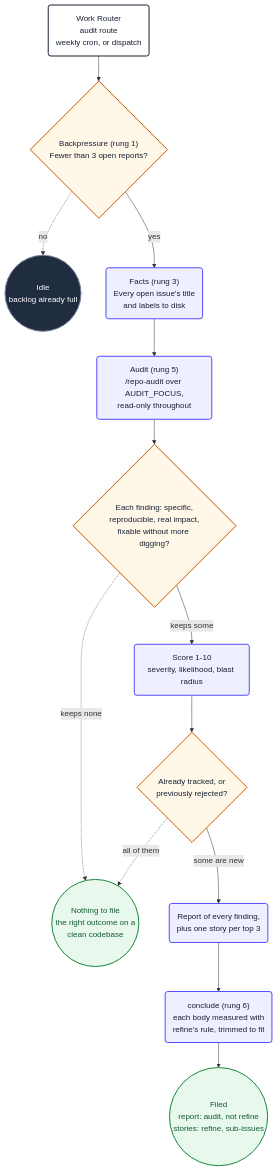
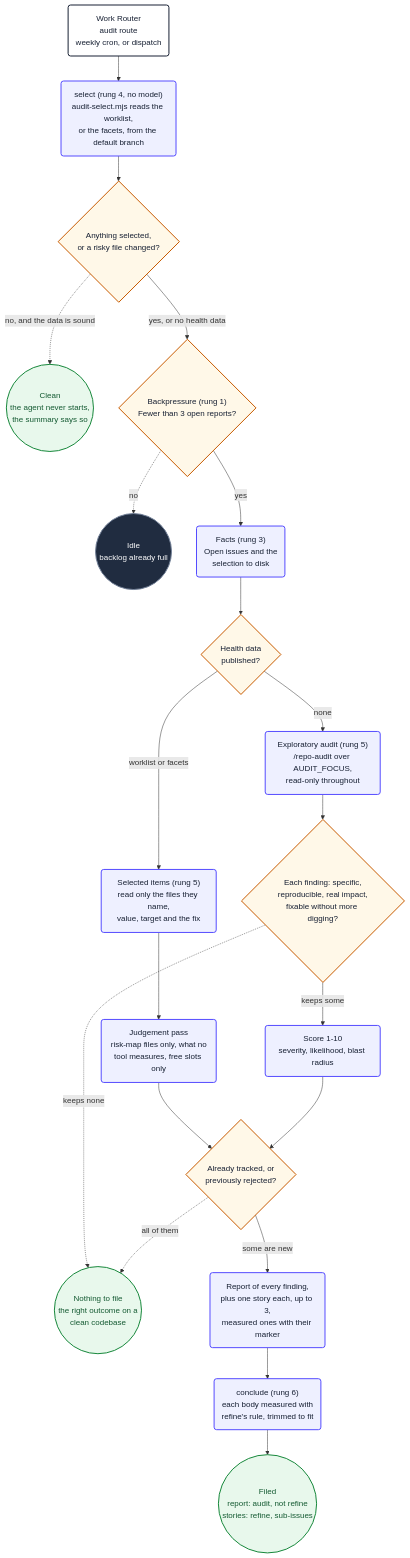
Before and after one commit to PlainConceptsPlatform/agentic-workflows: the tenth of 16 diagrams in loops/docs/diagrams.md, drawn with Mermaid. The commit also changed other lines of this file and 19 other files, not shown here.

First line of the commit message:
feat(audit): start from the engineering health data, with a clean exit when nothing is over its bar; 1.31.0 (#584)

````diff
--- a/loops/docs/diagrams.md
+++ b/loops/docs/diagrams.md
@@ -557,32 +557,42 @@
 ```mermaid
 flowchart TD
-    auStart("Work Router<br/>audit route<br/>weekly cron, or dispatch") --> auBack
+    auStart("Work Router<br/>audit route<br/>weekly cron, or dispatch") --> auSelect
+    auSelect("select (rung 4, no model)<br/>audit-select.mjs reads the worklist,<br/>or the facets, from the default branch") --> auWork
+    auWork{"Anything selected,<br/>or a risky file changed?"}
+    auWork -.->|"no, and the data is sound"| auClean
+    auWork -->|"yes, or no health data"| auBack
     auBack{"Backpressure (rung 1)<br/>Fewer than 3 open reports?"}
     auBack -.->|no| auIdle
     auBack -->|yes| auFacts
-    auFacts("Facts (rung 3)<br/>Every open issue's title<br/>and labels to disk") --> auRun
-    auRun("Audit (rung 5)<br/>/repo-audit over AUDIT_FOCUS,<br/>read-only throughout") --> auFilter
+    auFacts("Facts (rung 3)<br/>Open issues and the<br/>selection to disk") --> auSource
+    auSource{"Health data<br/>published?"}
+    auSource -->|"worklist or facets"| auItems
+    auSource -->|none| auRun
+    auItems("Selected items (rung 5)<br/>read only the files they name,<br/>value, target and the fix") --> auJudge
+    auJudge("Judgement pass<br/>risk-map files only, what no<br/>tool measures, free slots only") --> auDedupe
+    auRun("Exploratory audit (rung 5)<br/>/repo-audit over AUDIT_FOCUS,<br/>read-only throughout") --> auFilter
     auFilter{"Each finding: specific,<br/>reproducible, real impact,<br/>fixable without more digging?"}
     auFilter -->|keeps some| auScore
     auFilter -.->|keeps none| auQuiet
     auScore("Score 1-10<br/>severity, likelihood, blast radius") --> auDedupe
     auDedupe{"Already tracked, or<br/>previously rejected?"}
     auDedupe -.->|"all of them"| auQuiet
     auDedupe -->|"some are new"| auFile
-    auFile("Report of every finding,<br/>plus one story per top 3") --> auMeasure
+    auFile("Report of every finding,<br/>plus one story each, up to 3,<br/>measured ones with their marker") --> auMeasure
     auMeasure("conclude (rung 6)<br/>each body measured with<br/>refine's rule, trimmed to fit") --> auReport
     auReport(("Filed<br/>report: audit, not refine<br/>stories: refine, sub-issues"))
     auQuiet(("Nothing to file<br/>the right outcome on a<br/>clean codebase"))
+    auClean(("Clean<br/>the agent never starts,<br/>the summary says so"))
     auIdle(("Idle<br/>backlog already full"))
 
     classDef start fill:#ffffff,stroke:#172033,stroke-width:2px,color:#172033
     classDef action fill:#eef0ff,stroke:#554cff,stroke-width:2px,color:#172033
     classDef decision fill:#fff8e8,stroke:#c75b00,stroke-width:2px,color:#172033
     classDef idle fill:#202c40,stroke:#738198,stroke-width:2px,color:#ffffff
     classDef success fill:#e8f8ec,stroke:#18883c,stroke-width:2px,color:#145a32
     class auStart start
-    class auFacts,auRun,auScore,auFile,auMeasure action
-    class auBack,auFilter,auDedupe decision
+    class auSelect,auFacts,auItems,auJudge,auRun,auScore,auFile,auMeasure action
+    class auWork,auBack,auSource,auFilter,auDedupe decision
     class auIdle idle
-    class auReport,auQuiet success
+    class auReport,auQuiet,auClean success
 ```
````
